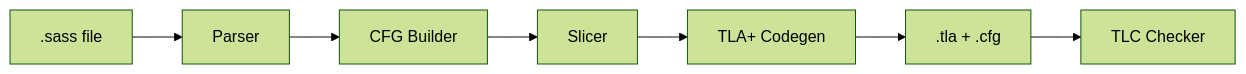
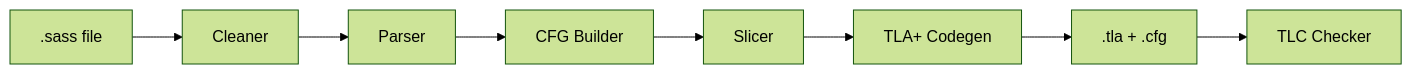
Before and after one commit to CoconutJJ/tlaplusgen: the diagram in README.md, drawn with Mermaid (forest theme). The commit also changed other lines of this file, not shown here.

````diff
--- a/README.md
+++ b/README.md
@@ -11,9 +11,10 @@
 ```mermaid
 graph LR
-    SASS[.sass file] --> Parser
+    SASS[.sass file] --> Cleaner
+    Cleaner --> Parser
     Parser --> CFG[CFG Builder]
     CFG --> Slicer
     Slicer --> Codegen[TLA+ Codegen]
     Codegen --> TLA[.tla + .cfg]
     TLA --> TLC[TLC Checker]
 ```
````
